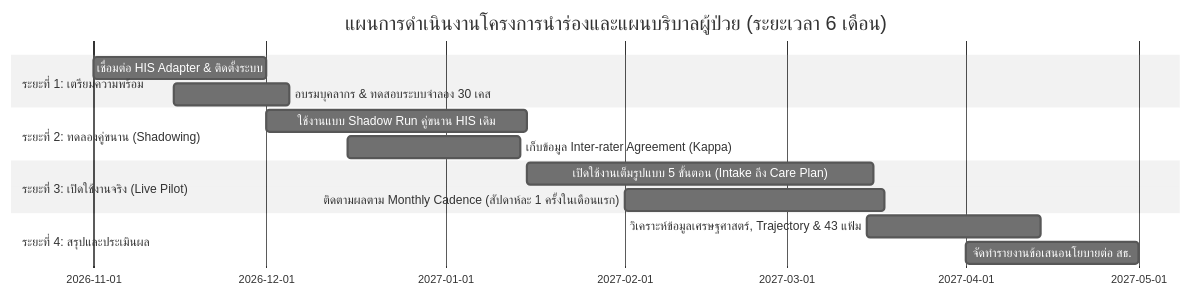
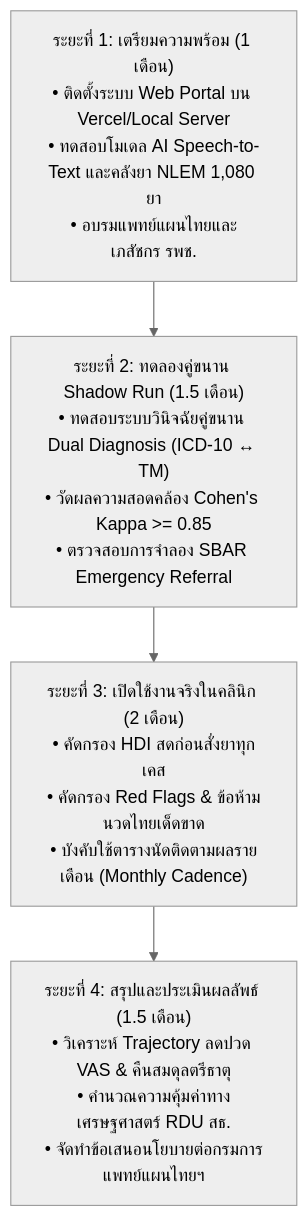
Before and after one commit to ClangxCL/TTM_Hackathon_2026: the diagram in docs/08-pilot-plan.md, drawn with Mermaid (neutral theme). The commit also changed other lines of this file and 10 other files, not shown here.

Commit message:
docs: comprehensive update of all 10 docs to reflect dual formularies, NLEM 1080 medicines, speech-to-text, dual diagnosis, and SBAR referral

````diff
--- a/docs/08-pilot-plan.md
+++ b/docs/08-pilot-plan.md
@@ -22,17 +23,6 @@
 ```mermaid
-gantt
-    title แผนการดำเนินงานโครงการนำร่องและแผนบริบาลผู้ป่วย (ระยะเวลา 6 เดือน)
-    dateFormat  YYYY-MM-DD
-    section ระยะที่ 1: เตรียมความพร้อม
-    เชื่อมต่อ HIS Adapter & ติดตั้งระบบ :2026-11-01, 30d
-    อบรมบุคลากร & ทดสอบระบบจำลอง 30 เคส :2026-11-15, 20d
-    section ระยะที่ 2: ทดลองคู่ขนาน (Shadowing)
-    ใช้งานแบบ Shadow Run คู่ขนาน HIS เดิม :2026-12-01, 45d
-    เก็บข้อมูล Inter-rater Agreement (Kappa) :2026-12-15, 30d
-    section ระยะที่ 3: เปิดใช้งานจริง (Live Pilot)
-    เปิดใช้งานเต็มรูปแบบ 5 ขั้นตอน (Intake ถึง Care Plan) :2027-01-15, 60d
-    ติดตามผลตาม Monthly Cadence (สัปดาห์ละ 1 ครั้งในเดือนแรก) :2027-02-01, 45d
-    section ระยะที่ 4: สรุปและประเมินผล
-    วิเคราะห์ข้อมูลเศรษฐศาสตร์, Trajectory & 43 แฟ้ม :2027-03-15, 30d
-    จัดทำรายงานข้อเสนอนโยบายต่อ สธ. :2027-04-01, 30d
+flowchart TD
+    Phase1["ระยะที่ 1: เตรียมความพร้อม (1 เดือน)<br/>• ติดตั้งระบบ Web Portal บน Vercel/Local Server<br/>• ทดสอบโมเดล AI Speech-to-Text และคลังยา NLEM 1,080 ยา<br/>• อบรมแพทย์แผนไทยและเภสัชกร รพช."] --> Phase2["ระยะที่ 2: ทดลองคู่ขนาน Shadow Run (1.5 เดือน)<br/>• ทดสอบระบบวินิจฉัยคู่ขนาน Dual Diagnosis (ICD-10 ↔ TM)<br/>• วัดผลความสอดคล้อง Cohen's Kappa >= 0.85<br/>• ตรวจสอบการจำลอง SBAR Emergency Referral"]
+    Phase2 --> Phase3["ระยะที่ 3: เปิดใช้งานจริงในคลินิก (2 เดือน)<br/>• คัดกรอง HDI สดก่อนสั่งยาทุกเคส<br/>• คัดกรอง Red Flags & ข้อห้ามนวดไทยเด็ดขาด<br/>• บังคับใช้ตารางนัดติดตามผลรายเดือน (Monthly Cadence)"]
+    Phase3 --> Phase4["ระยะที่ 4: สรุปและประเมินผลลัพธ์ (1.5 เดือน)<br/>• วิเคราะห์ Trajectory ลดปวด VAS & คืนสมดุลตรีธาตุ<br/>• คำนวณความคุ้มค่าทางเศรษฐศาสตร์ RDU สธ.<br/>• จัดทำข้อเสนอนโยบายต่อกรมการแพทย์แผนไทยฯ"]
 ```
````
